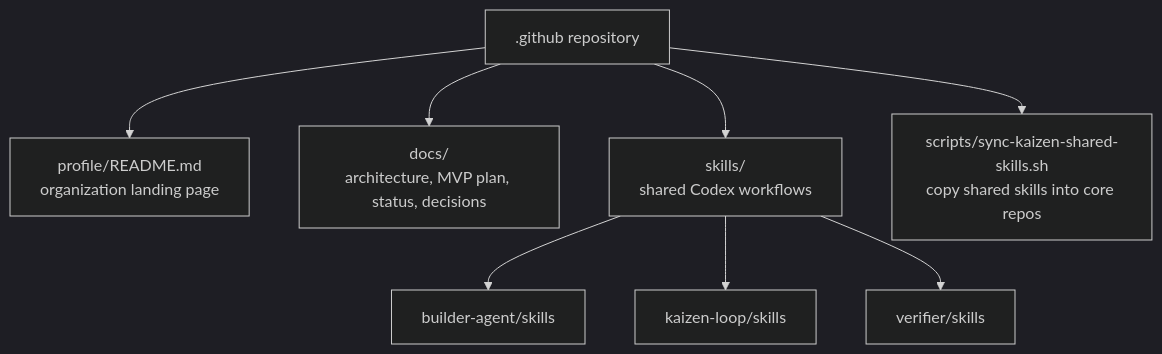
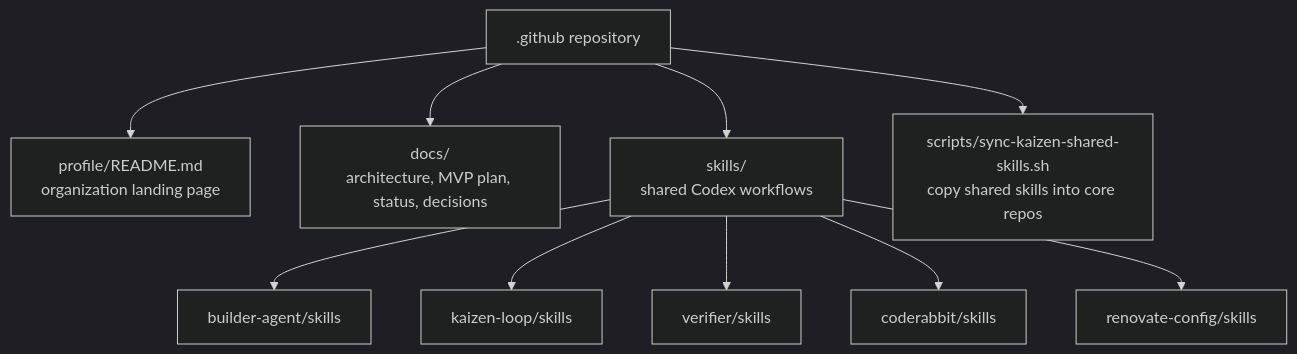
One commit to kaizen-agents-org/.github changed the second of 2 diagrams in README.md. Above: the diagram before and after it, drawn with Mermaid (dark theme). The commit also changed 1 other file, not shown here.

Commit message:
docs: address README review feedback

````diff
--- a/README.md
+++ b/README.md
@@ -29,12 +29,14 @@
 ```mermaid
 flowchart TB
     Repo[".github repository"]
     Repo --> Profile["profile/README.md<br/>organization landing page"]
     Repo --> Docs["docs/<br/>architecture, MVP plan, status, decisions"]
     Repo --> Skills["skills/<br/>shared Codex workflows"]
     Repo --> Sync["scripts/sync-kaizen-shared-skills.sh<br/>copy shared skills into core repos"]
 
     Skills --> BA["builder-agent/skills"]
     Skills --> KL["kaizen-loop/skills"]
     Skills --> VF["verifier/skills"]
+    Skills --> CR["coderabbit/skills"]
+    Skills --> RC["renovate-config/skills"]
 ```
````
